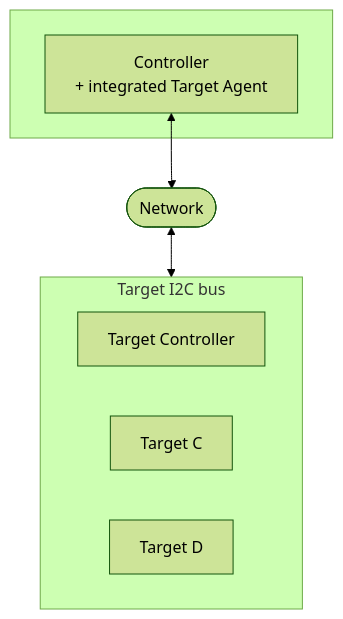
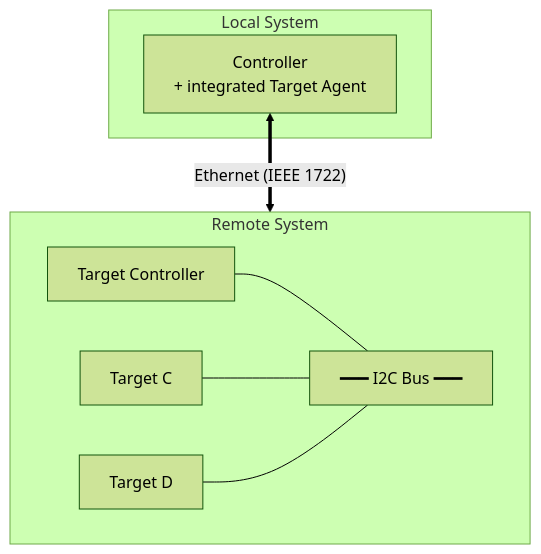
The third of 3 diagrams in README.md (Pascalpex/apfelmus), drawn with Mermaid (forest theme) before and after one commit. The commit also changed other lines of this file, not shown here.

Commit message:
Implement feedback for diagrams (#8)

````diff
--- a/README.md
+++ b/README.md
@@ -59,15 +70,20 @@
 ```mermaid
 flowchart TB
-    subgraph HOST[" "]
+    subgraph HOST["Local System"]
         C["Controller<br/>+ integrated Target Agent"]
     end
-    NET(["Network"])
-    subgraph REMOTE["Target I2C bus"]
+
+    subgraph REMOTE["Remote System"]
         direction LR
         TC["Target Controller"]
         TCC["Target C"]
         TD["Target D"]
+        BUS2["━━━ I2C Bus ━━━"]
+
+        TC --- BUS2
+        TCC --- BUS2
+        TD --- BUS2
     end
-    C <--> NET
-    NET <--> TC
+
+    C <== "Ethernet (IEEE 1722)" ==> TC
 ```
````
